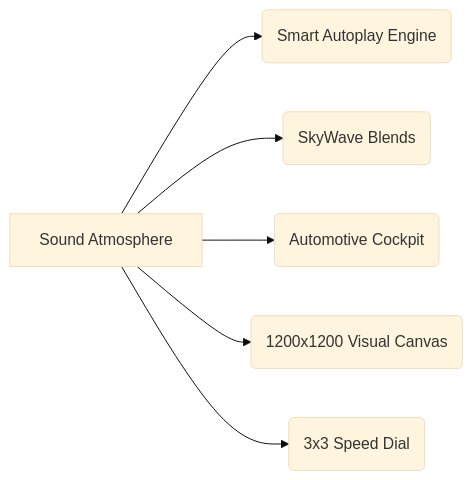
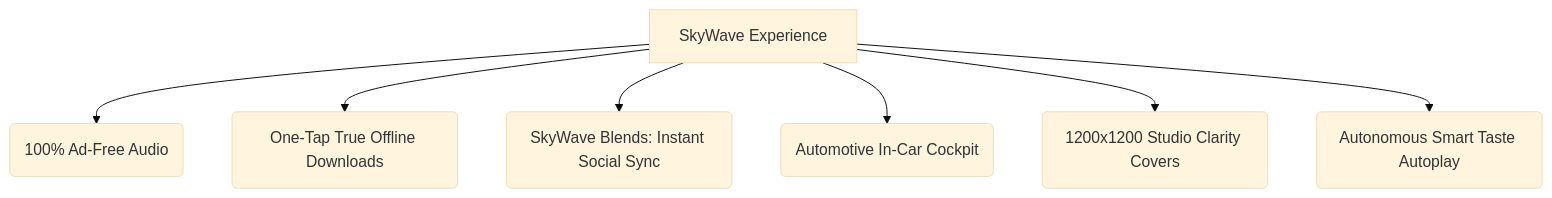
One commit to akashkataria766/Sky-Wave changed the diagram in README.md. Above: the diagram before and after it, drawn with Mermaid (base theme). The commit also changed other lines of this file, not shown here.

````diff
--- a/README.md
+++ b/README.md
@@ -42,8 +47,9 @@
 ```mermaid
-graph LR
-    A[Sound Atmosphere] --> B(Smart Autoplay Engine)
-    A --> C(SkyWave Blends)
-    A --> D(Automotive Cockpit)
-    A --> E(1200x1200 Visual Canvas)
-    A --> F(3x3 Speed Dial)
+graph TD
+    A[SkyWave Experience] --> B(100% Ad-Free Audio)
+    A --> C(One-Tap True Offline Downloads)
+    A --> D(SkyWave Blends: Instant Social Sync)
+    A --> E(Automotive In-Car Cockpit)
+    A --> F(1200x1200 Studio Clarity Covers)
+    A --> G(Autonomous Smart Taste Autoplay)
 ```
````
